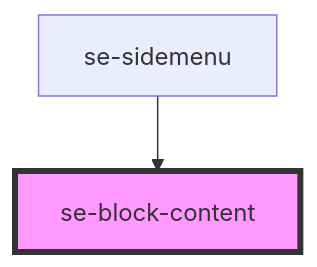
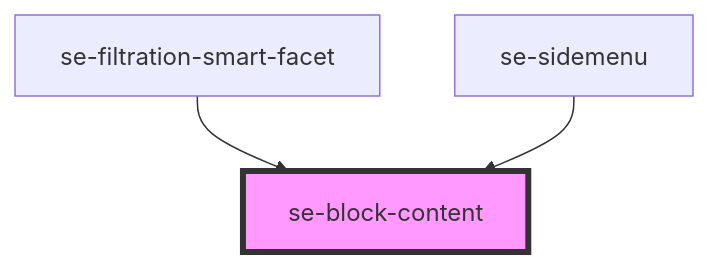
Before and after one commit to robbiemcmullense/se-web-ui: the diagram in libs/core/src/components/block-content/readme.md, drawn with Mermaid. The commit also changed other lines of this file and 87 other files, not shown here.

First line of the commit message:
Filtration smart (#486)

````diff
--- a/libs/core/src/components/block-content/readme.md
+++ b/libs/core/src/components/block-content/readme.md
@@ -23,5 +24,6 @@
 ```mermaid
 graph TD;
+  se-filtration-smart-facet --> se-block-content
   se-sidemenu --> se-block-content
   style se-block-content fill:#f9f,stroke:#333,stroke-width:4px
 ```
````
